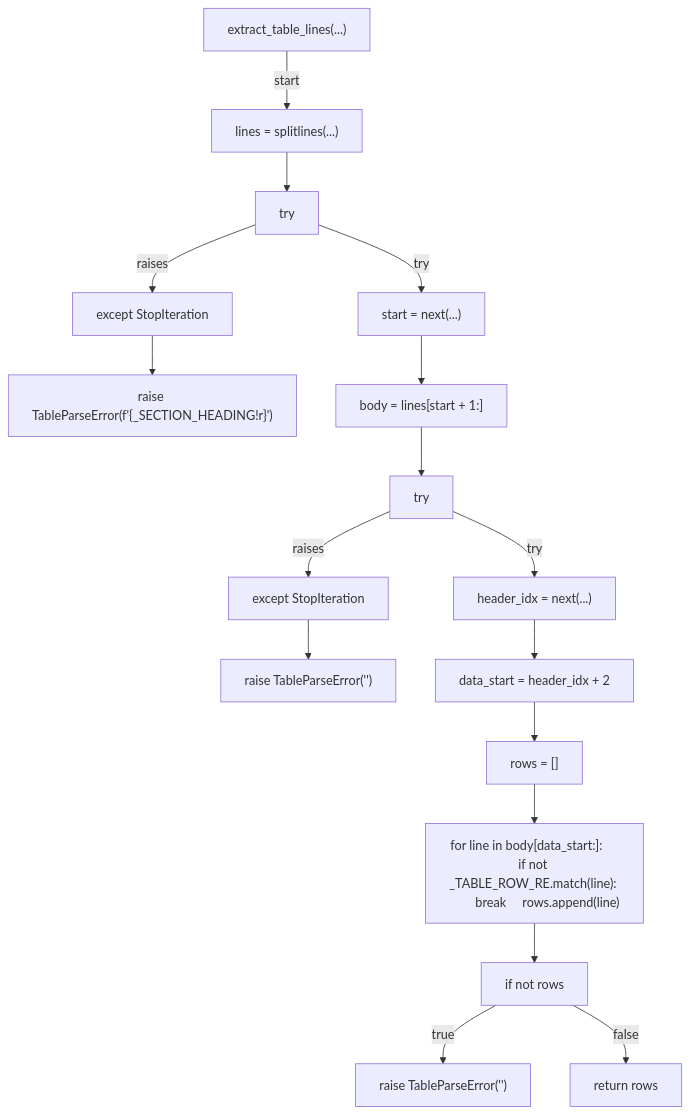
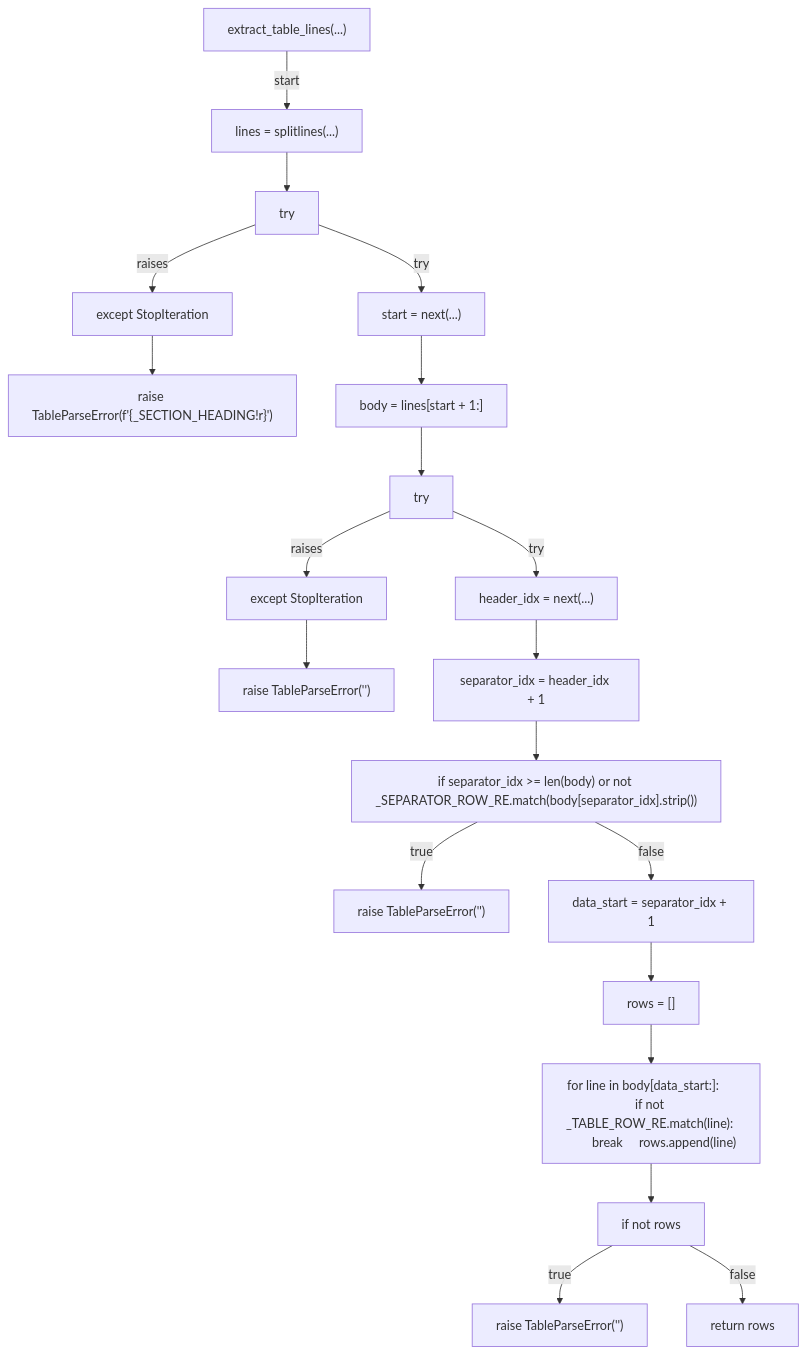
Before and after one commit to tvna/claude-md: the first of 12 diagrams in docs/generated/scripts/ast/scan_routing_table_drift.md, drawn with Mermaid. The commit also changed other lines of this file and 1 other file, not shown here.

First line of the commit message:
docs(generated): regenerate decision tree and workflow diagrams

````diff
--- a/docs/generated/scripts/ast/scan_routing_table_drift.md
+++ b/docs/generated/scripts/ast/scan_routing_table_drift.md
@@ -7,36 +7,42 @@
 ```mermaid
 flowchart TD
     N001["extract_table_lines(...)"]
     N002["lines = splitlines(...)"]
     N003["try"]
     N004["start = next(...)"]
     N005["except StopIteration"]
     N006["raise TableParseError(f'<str>{_SECTION_HEADING!r}<str>')"]
     N007["body = lines[start + 1:]"]
     N008["try"]
     N009["header_idx = next(...)"]
     N010["except StopIteration"]
     N011["raise TableParseError('<str>')"]
-    N012["data_start = header_idx + 2"]
-    N013["rows = []"]
-    N014["for line in body[data_start:]:     if not _TABLE_ROW_RE.match(line):         break     rows.append(line)"]
-    N015["if not rows"]
-    N016["raise TableParseError('<str>')"]
-    N017["return rows"]
+    N012["separator_idx = header_idx + 1"]
+    N013["if separator_idx >= len(body) or not _SEPARATOR_ROW_RE.match(body[separator_idx].strip())"]
+    N014["raise TableParseError('<str>')"]
+    N015["data_start = separator_idx + 1"]
+    N016["rows = []"]
+    N017["for line in body[data_start:]:     if not _TABLE_ROW_RE.match(line):         break     rows.append(line)"]
+    N018["if not rows"]
+    N019["raise TableParseError('<str>')"]
+    N020["return rows"]
     N001 -->|"start"| N002
     N002 --> N003
     N003 -->|"try"| N004
     N003 -->|"raises"| N005
     N005 --> N006
     N004 --> N007
     N007 --> N008
     N008 -->|"try"| N009
     N008 -->|"raises"| N010
     N010 --> N011
     N009 --> N012
     N012 --> N013
-    N013 --> N014
-    N014 --> N015
-    N015 -->|"true"| N016
-    N015 -->|"false"| N017
+    N013 -->|"true"| N014
+    N013 -->|"false"| N015
+    N015 --> N016
+    N016 --> N017
+    N017 --> N018
+    N018 -->|"true"| N019
+    N018 -->|"false"| N020
 ```
````
